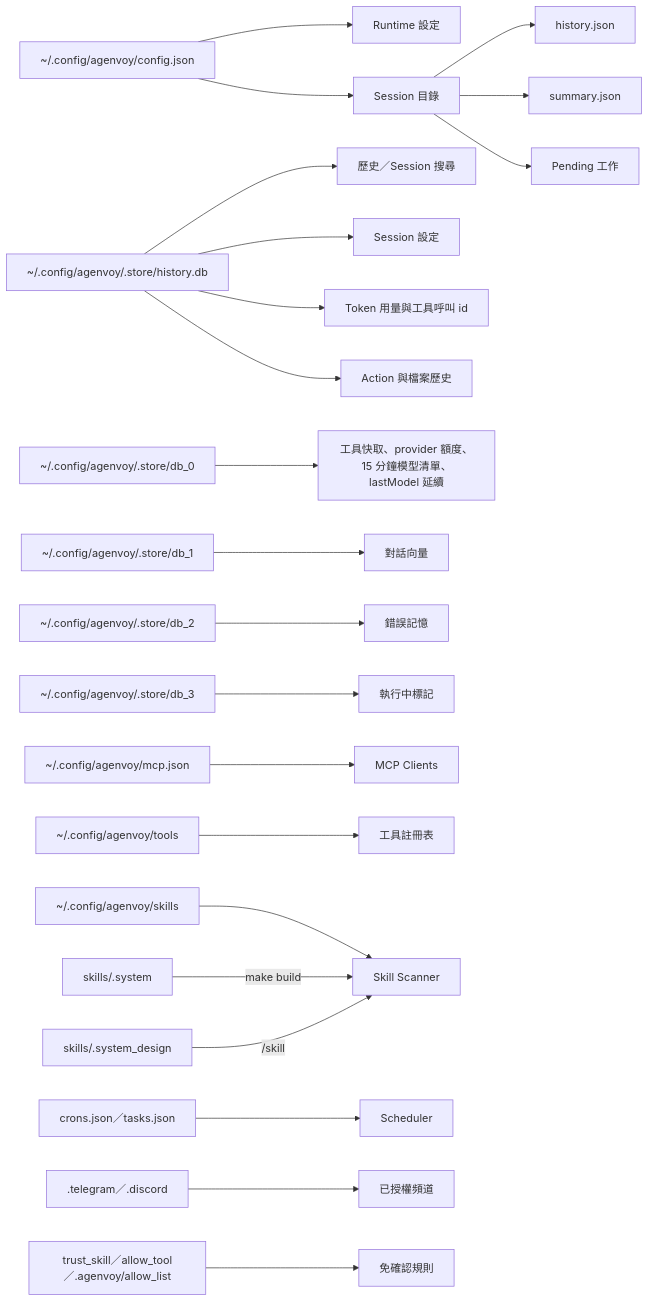
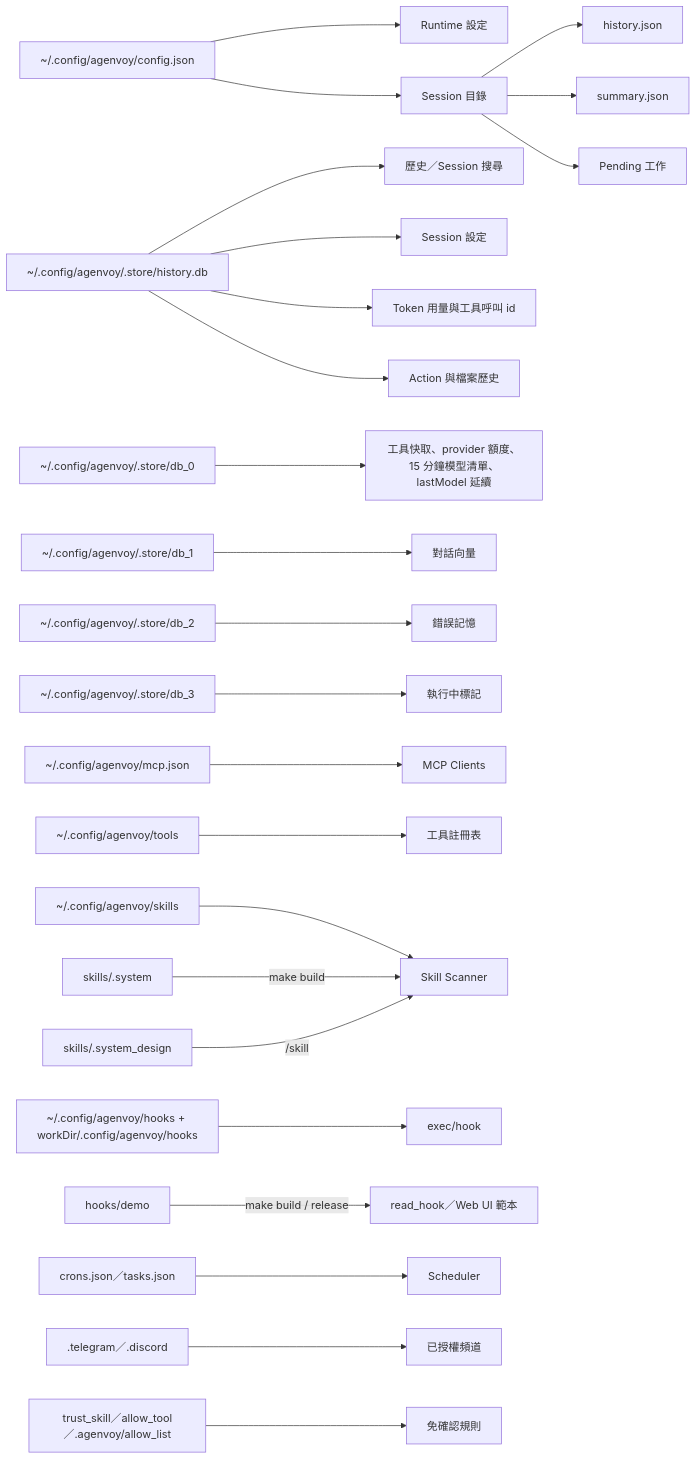
Before and after one commit to pardnchiu/Agenvoy: the tenth of 10 diagrams in doc/architecture.zh.md, drawn with Mermaid. The commit also changed other lines of this file and 5 other files, not shown here.

Commit message:
doc: Document lifecycle hooks, hook API and tools, TUI updates and denied paths

````diff
--- a/doc/architecture.zh.md
+++ b/doc/architecture.zh.md
@@ -240,24 +245,26 @@
 ```mermaid
 flowchart LR
     Config[~/.config/agenvoy/config.json] --> Runtime[Runtime 設定]
     Config --> Sessions[Session 目錄]
     Sessions --> History[history.json]
     Sessions --> Summary[summary.json]
     Sessions --> Pending[Pending 工作]
     SQLite[~/.config/agenvoy/.store/history.db] --> Search[歷史／Session 搜尋]
     SQLite --> SessionConfig[Session 設定]
     SQLite --> Usage[Token 用量與工具呼叫 id]
     SQLite --> ActionHistory[Action 與檔案歷史]
     Torii0[~/.config/agenvoy/.store/db_0] --> ToolCache[工具快取、provider 額度、15 分鐘模型清單、lastModel 延續]
     Torii1[~/.config/agenvoy/.store/db_1] --> SessionMemory[對話向量]
     Torii2[~/.config/agenvoy/.store/db_2] --> ErrorMemory[錯誤記憶]
     Torii3[~/.config/agenvoy/.store/db_3] --> Online[執行中標記]
     MCP[~/.config/agenvoy/mcp.json] --> MCPClients[MCP Clients]
     Tools[~/.config/agenvoy/tools] --> Registry[工具註冊表]
     Skills[~/.config/agenvoy/skills] --> Scanner[Skill Scanner]
     SystemSkills[skills/.system] -->|make build| Scanner
     DesignSkills[skills/.system_design] -->|/skill| Scanner
+    Hooks[~/.config/agenvoy/hooks + workDir/.config/agenvoy/hooks] --> HookRun[exec/hook]
+    HookDemo[hooks/demo] -->|make build / release| ReadHook[read_hook／Web UI 範本]
     Schedules[crons.json／tasks.json] --> Scheduler[Scheduler]
     Auth[.telegram／.discord] --> Channels[已授權頻道]
     Allow[trust_skill／allow_tool／.agenvoy/allow_list] --> Confirm[免確認規則]
 ```
````
